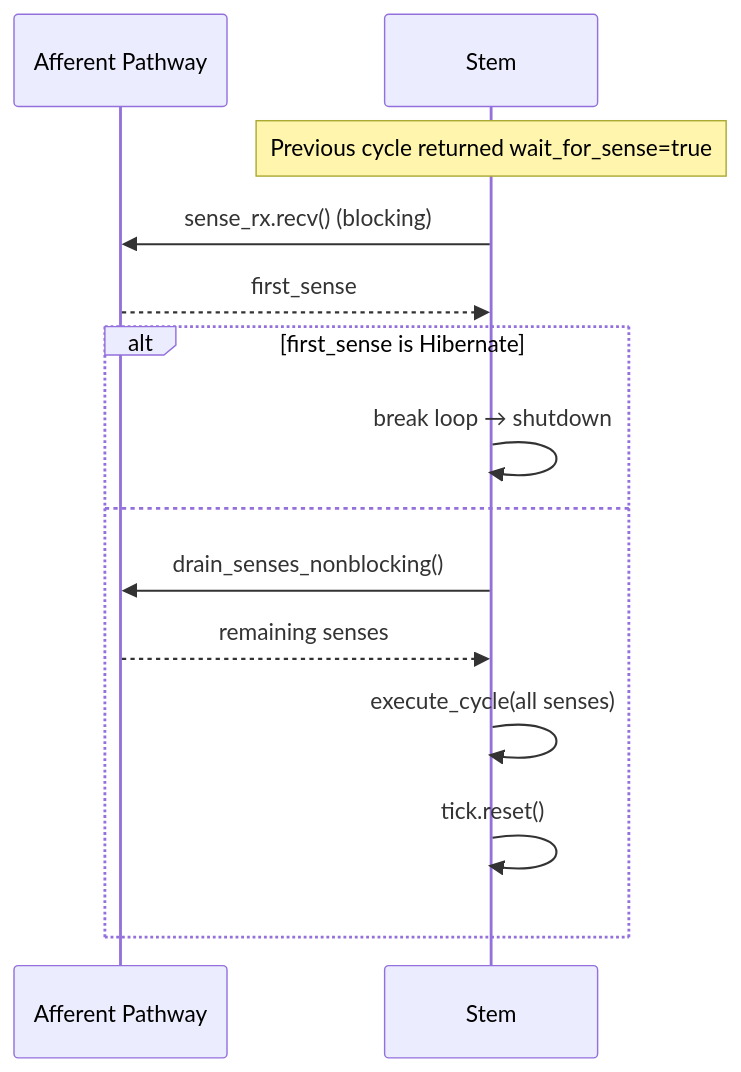
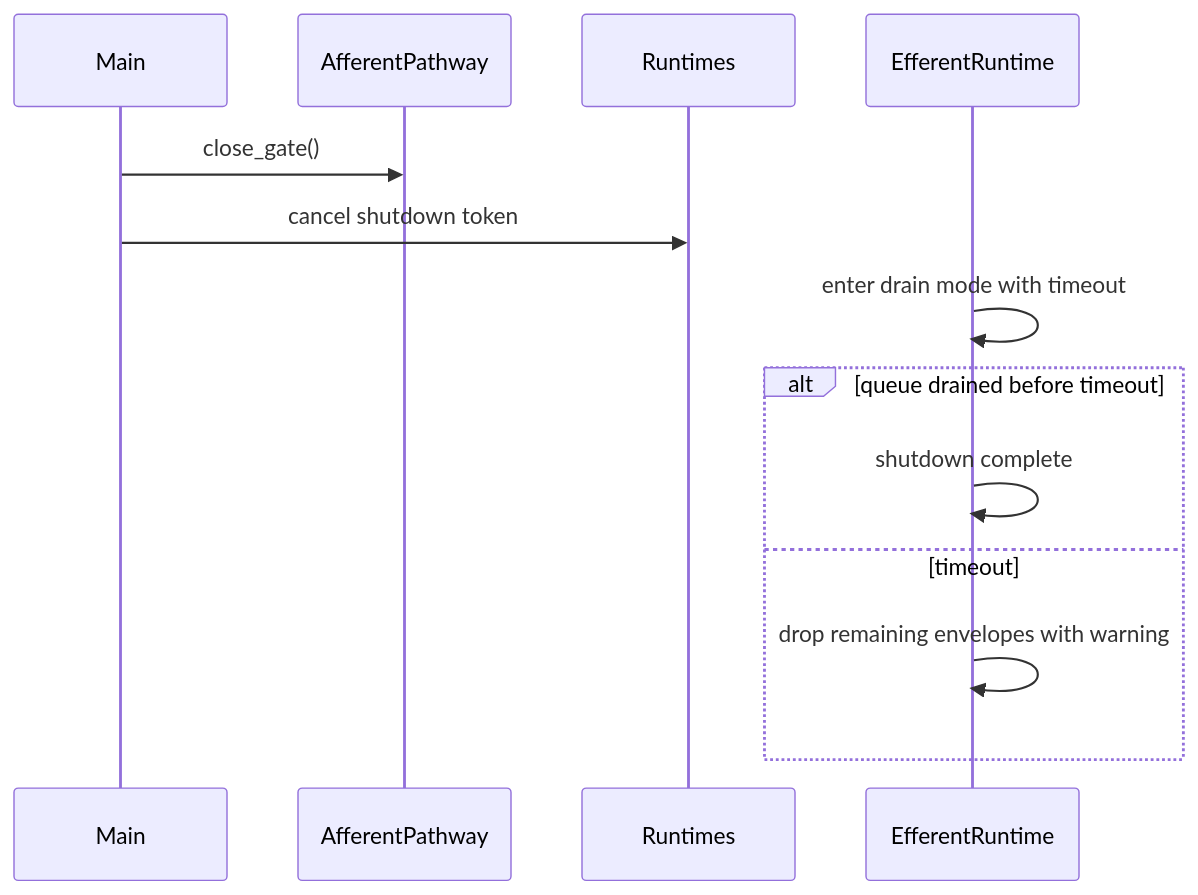
Before and after one commit to xiaoland/Beluna: the second of 2 diagrams in docs/modules/stem/TOPOGRAPHY.md, drawn with Mermaid. The commit also changed other lines of this file and 107 other files, not shown here.

````diff
--- a/docs/modules/stem/TOPOGRAPHY.md
+++ b/docs/modules/stem/TOPOGRAPHY.md
@@ -196,19 +66,16 @@
 ```mermaid
 sequenceDiagram
-    participant AP as Afferent Pathway
-    participant Stem
+    participant Main
+    participant AP as AfferentPathway
+    participant RT as Runtimes
+    participant EF as EfferentRuntime
 
-    Note over Stem: Previous cycle returned wait_for_sense=true
-
-    Stem->>AP: sense_rx.recv() (blocking)
-    AP-->>Stem: first_sense
-
-    alt first_sense is Hibernate
-        Stem->>Stem: break loop → shutdown
-    else
-        Stem->>AP: drain_senses_nonblocking()
-        AP-->>Stem: remaining senses
-        Stem->>Stem: execute_cycle(all senses)
-        Stem->>Stem: tick.reset()
+    Main->>AP: close_gate()
+    Main->>RT: cancel shutdown token
+    EF->>EF: enter drain mode with timeout
+    alt queue drained before timeout
+        EF->>EF: shutdown complete
+    else timeout
+        EF->>EF: drop remaining envelopes with warning
     end
 ```
````
